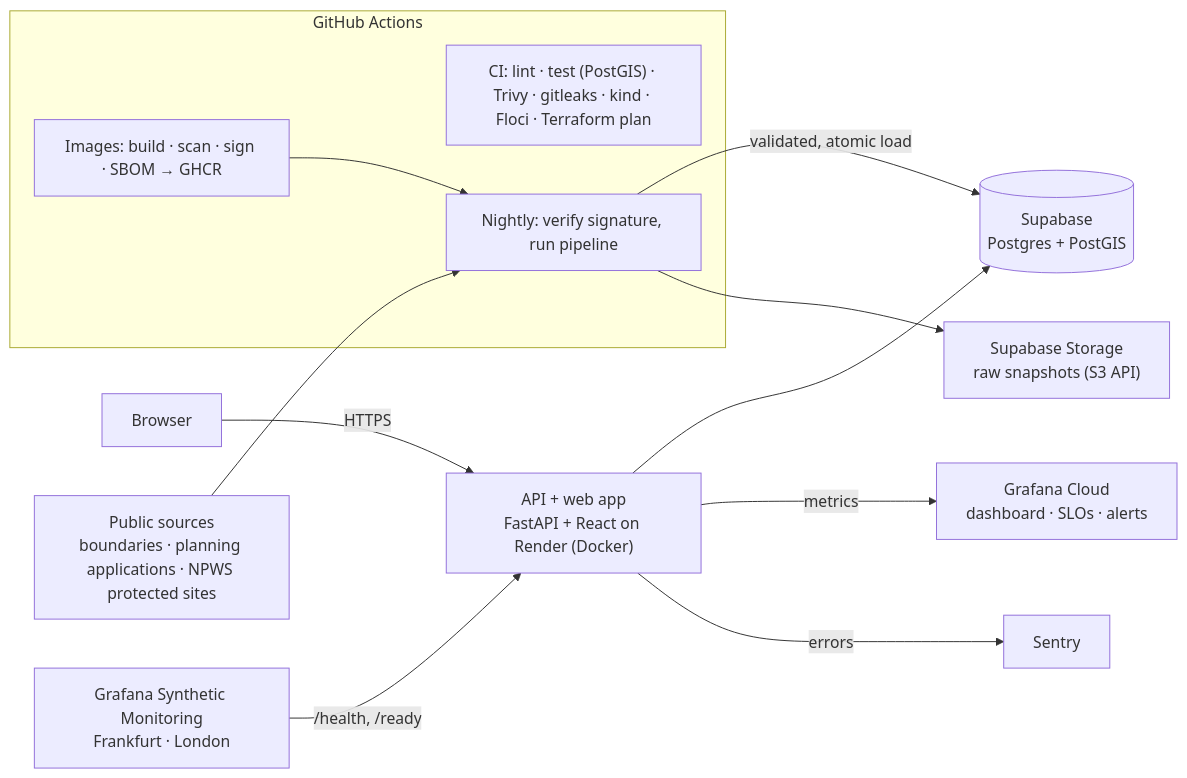
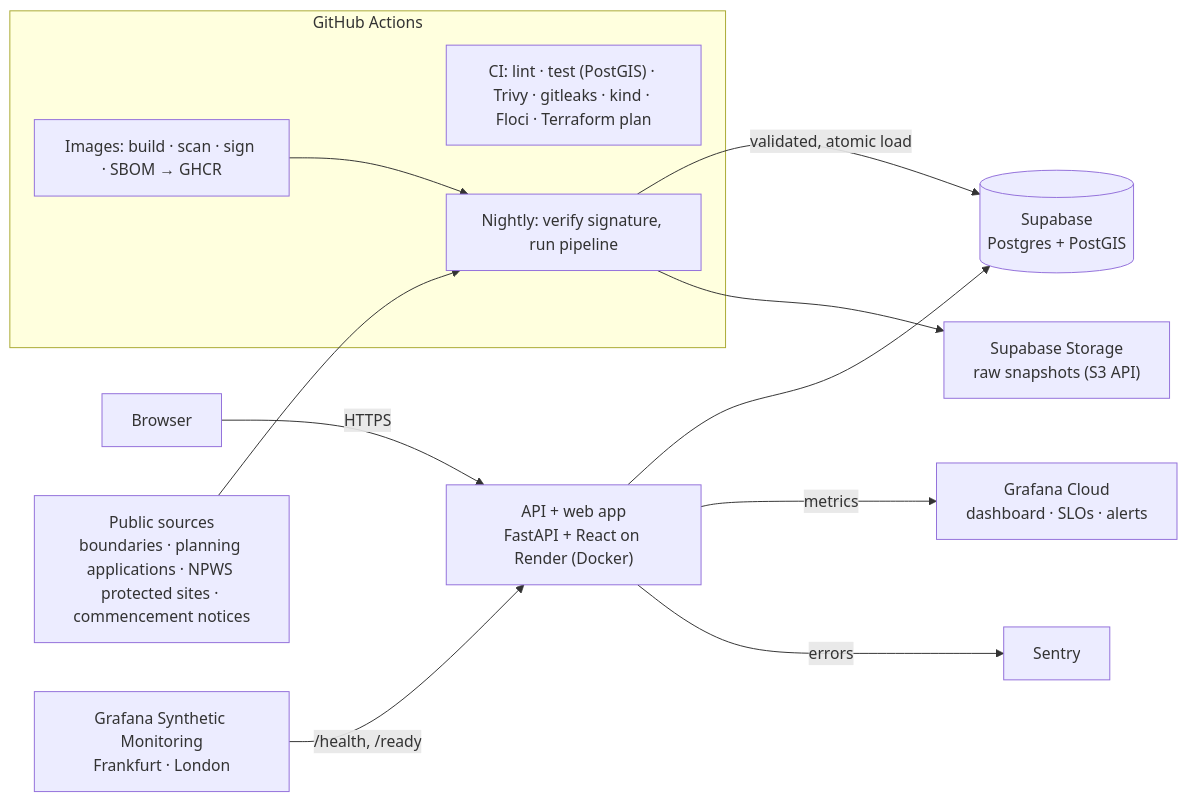
One commit to Neel09apr/DwellWise changed the diagram in README.md. Above: the diagram before and after it, drawn with Mermaid. The commit also changed other lines of this file and 35 other files, not shown here.

First line of the commit message:
feat: construction starts from commencement notices (M9a)

````diff
--- a/README.md
+++ b/README.md
@@ -62,19 +62,19 @@
 ```mermaid
 flowchart LR
   user["Browser"] -->|HTTPS| app["API + web app<br/>FastAPI + React on Render (Docker)"]
   app --> db[("Supabase<br/>Postgres + PostGIS")]
 
   subgraph gha["GitHub Actions"]
     ci["CI: lint · test (PostGIS) · Trivy · gitleaks · kind · Floci · Terraform plan"]
     images["Images: build · scan · sign · SBOM → GHCR"]
     nightly["Nightly: verify signature, run pipeline"]
   end
 
-  sources["Public sources<br/>boundaries · planning applications · NPWS protected sites"] --> nightly
+  sources["Public sources<br/>boundaries · planning applications · NPWS protected sites · commencement notices"] --> nightly
   images --> nightly
   nightly -->|"validated, atomic load"| db
   nightly --> raw["Supabase Storage<br/>raw snapshots (S3 API)"]
   probes["Grafana Synthetic Monitoring<br/>Frankfurt · London"] -->|"/health, /ready"| app
   app -->|metrics| grafana["Grafana Cloud<br/>dashboard · SLOs · alerts"]
   app -->|errors| sentry["Sentry"]
 ```
````
